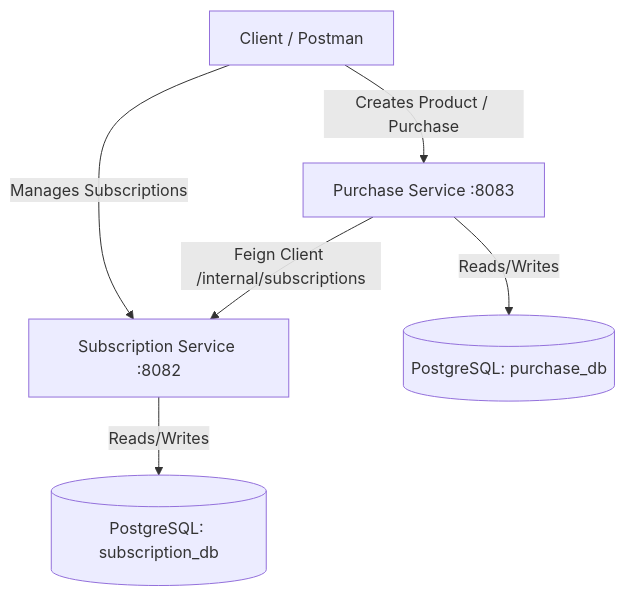
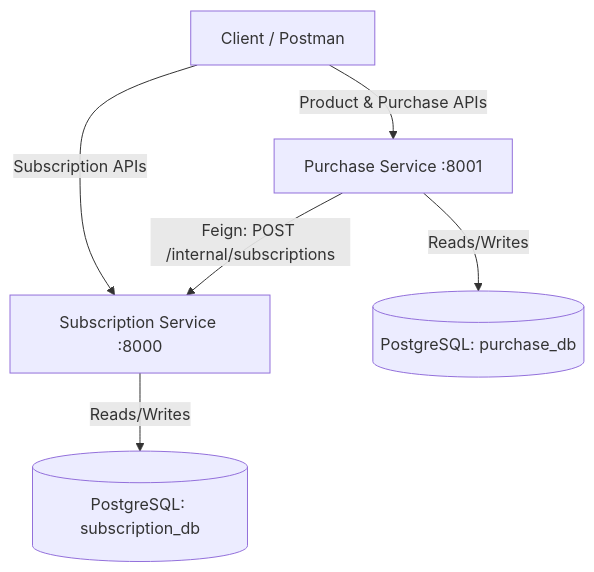
The diagram in README.md (Ajay9084/SubscriptionManagement), drawn with Mermaid before and after one commit. The commit also changed other lines of this file and 38 other files, not shown here.

````diff
--- a/README.md
+++ b/README.md
@@ -13,8 +17,8 @@
 ```mermaid
 graph TD
-    Client[Client / Postman] -->|Creates Product / Purchase| PS[Purchase Service :8083]
-    Client -->|Manages Subscriptions| SS[Subscription Service :8082]
-    PS -->|Feign Client /internal/subscriptions| SS
+    Client[Client / Postman] -->|Product & Purchase APIs| PS[Purchase Service :8001]
+    Client -->|Subscription APIs| SS[Subscription Service :8000]
+    PS -->|Feign: POST /internal/subscriptions| SS
     PS -->|Reads/Writes| DB1[(PostgreSQL: purchase_db)]
     SS -->|Reads/Writes| DB2[(PostgreSQL: subscription_db)]
 ```
````
